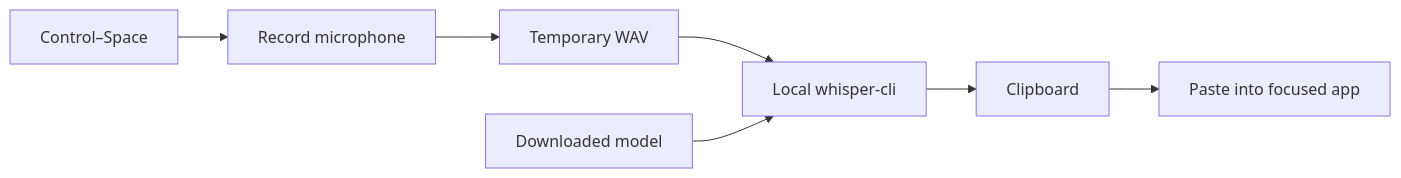
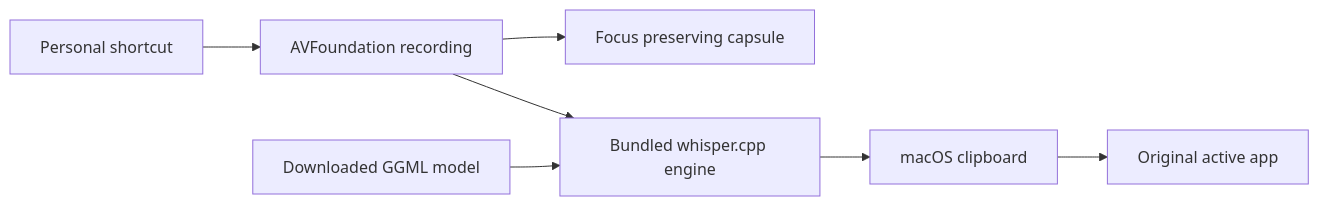
Before and after one commit to hrithiksaini99/MacWhispr: the diagram in README.md, drawn with Mermaid. The commit also changed other lines of this file and 44 other files, not shown here.

````diff
--- a/README.md
+++ b/README.md
@@ -83,9 +46,9 @@
 ```mermaid
 flowchart LR
-    A[Control–Space] --> B[Record microphone]
-    B --> C[Temporary WAV]
-    C --> D[Local whisper-cli]
-    E[Downloaded model] --> D
-    D --> F[Clipboard]
-    F --> G[Paste into focused app]
+    Shortcut[Personal shortcut] --> Capture[AVFoundation recording]
+    Capture --> Capsule[Focus preserving capsule]
+    Capture --> Engine[Bundled whisper.cpp engine]
+    Model[Downloaded GGML model] --> Engine
+    Engine --> Clipboard[macOS clipboard]
+    Clipboard --> ActiveApp[Original active app]
 ```
````
